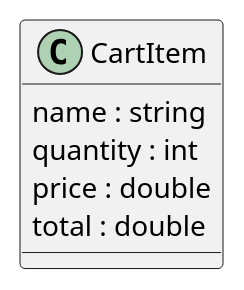
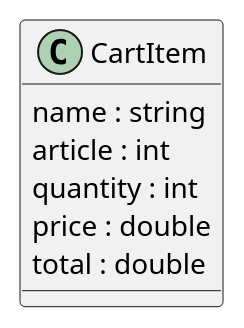
One commit to NathanChauveau/Shopping changed the diagram in docs/diagramClass.wsd. Above: the diagram before and after it, drawn with PlantUML.

Commit message:
docs: update Class diagram

```diff
--- a/docs/diagramClass.wsd
+++ b/docs/diagramClass.wsd
@@ -1,11 +1,9 @@
 @startuml
 class CartItem {
     name : string
+    article : int
     quantity : int
     price : double
     total : double
 }
-
-
-
 @enduml
```
